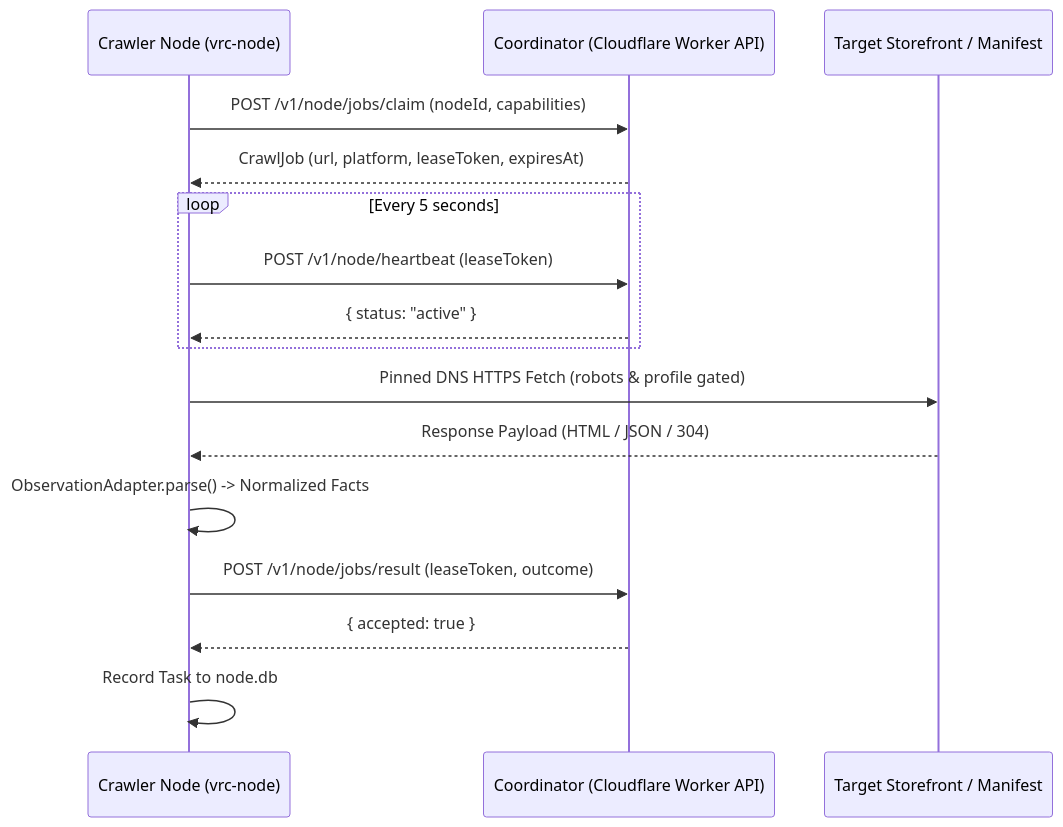
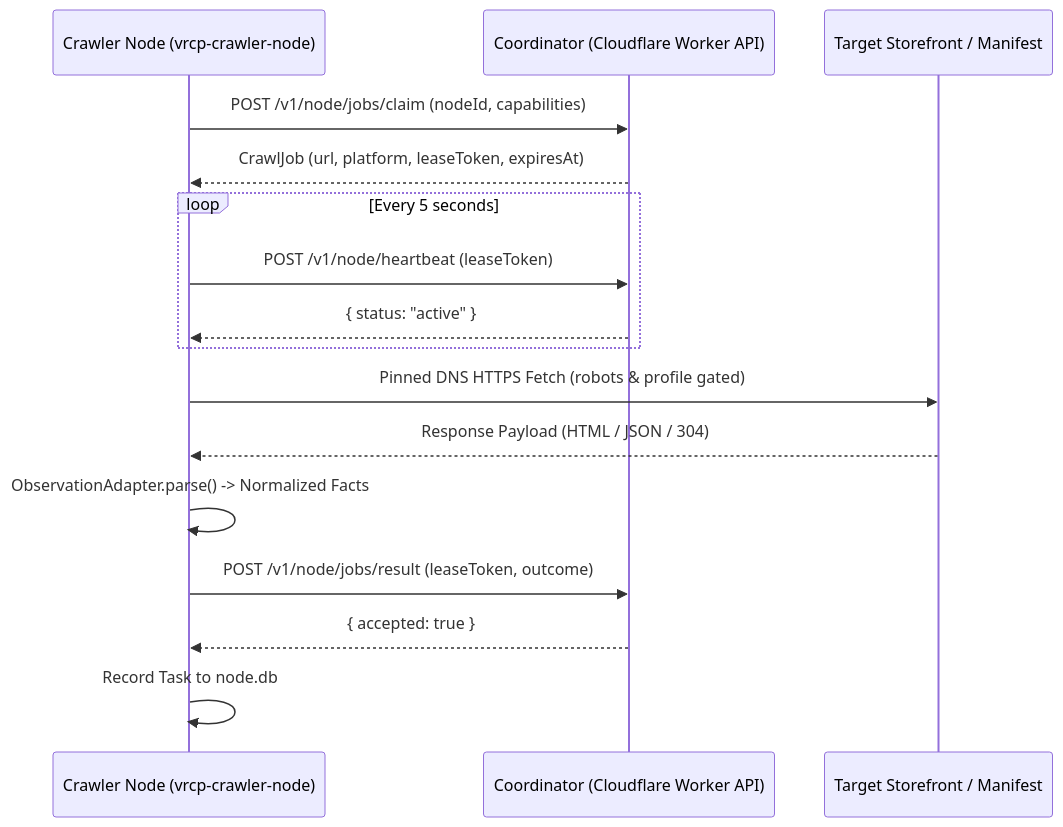
Before and after one commit to SlamTheDragon/vrc-package-crawler: the diagram in docs/source/SPECIFICATION_CRAWLER_CLIENT.md, drawn with Mermaid. The commit also changed other lines of this file and 10 other files, not shown here.

````diff
--- a/docs/source/SPECIFICATION_CRAWLER_CLIENT.md
+++ b/docs/source/SPECIFICATION_CRAWLER_CLIENT.md
@@ -34,19 +34,19 @@
 ```mermaid
 sequenceDiagram
-    participant Node as Crawler Node (vrc-node)
+    participant Node as Crawler Node (vrcp-crawler-node)
     participant Coord as Coordinator (Cloudflare Worker API)
     participant Origin as Target Storefront / Manifest
 
     Node->>Coord: POST /v1/node/jobs/claim (nodeId, capabilities)
     Coord-->>Node: CrawlJob (url, platform, leaseToken, expiresAt)
     loop Every 5 seconds
         Node->>Coord: POST /v1/node/heartbeat (leaseToken)
         Coord-->>Node: { status: "active" }
     end
     Node->>Origin: Pinned DNS HTTPS Fetch (robots & profile gated)
     Origin-->>Node: Response Payload (HTML / JSON / 304)
     Node->>Node: ObservationAdapter.parse() -> Normalized Facts
     Node->>Coord: POST /v1/node/jobs/result (leaseToken, outcome)
     Coord-->>Node: { accepted: true }
     Node->>Node: Record Task to node.db
 ```
````
